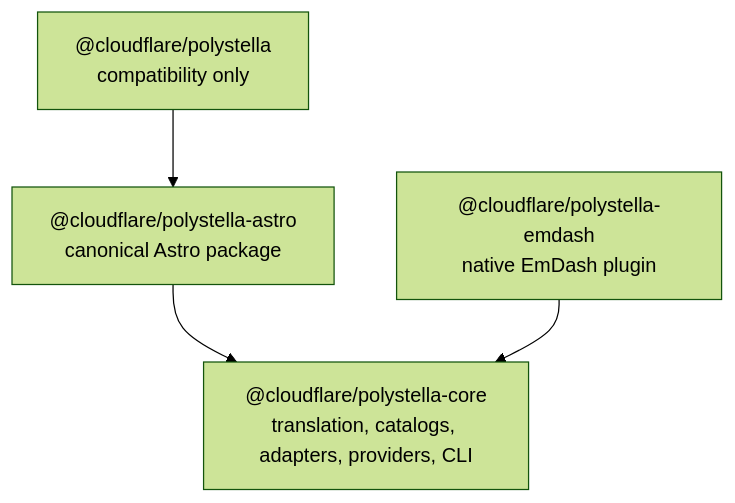
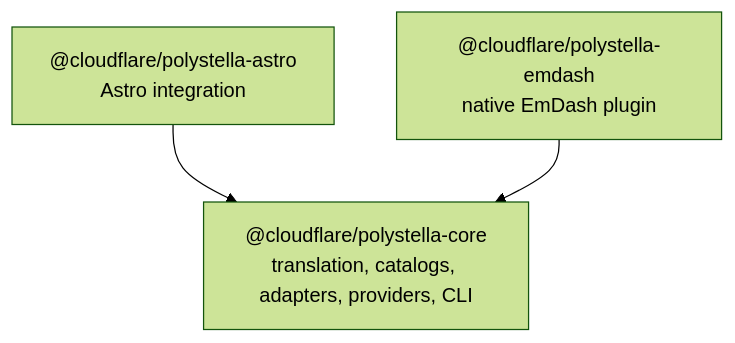
The first of 3 diagrams in PACKAGE_ARCHITECTURE.md (cloudflare/polystella), drawn with Mermaid (forest theme) before and after one commit. The commit also changed other lines of this file and 39 other files, not shown here.

First line of the commit message:
chore: remove polystella compatibility package

````diff
--- a/PACKAGE_ARCHITECTURE.md
+++ b/PACKAGE_ARCHITECTURE.md
@@ -14,6 +13,6 @@
 ```mermaid
 flowchart TD
-  compat["@cloudflare/polystella<br/>compatibility only"] --> astro["@cloudflare/polystella-astro<br/>canonical Astro package"]
+  astro["@cloudflare/polystella-astro<br/>Astro integration"]
   astro --> core["@cloudflare/polystella-core<br/>translation, catalogs, adapters, providers, CLI"]
   emdash["@cloudflare/polystella-emdash<br/>native EmDash plugin"] --> core
 ```
````
